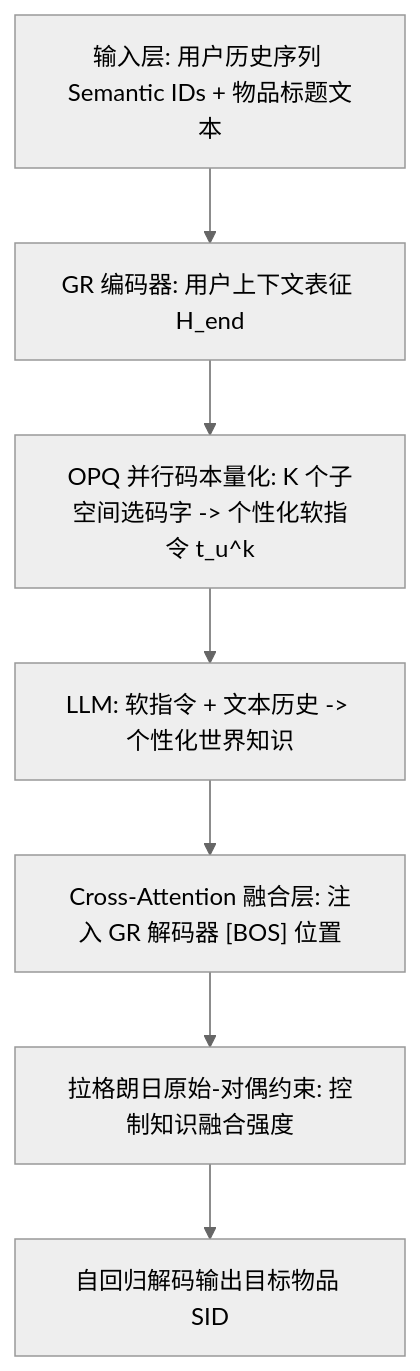
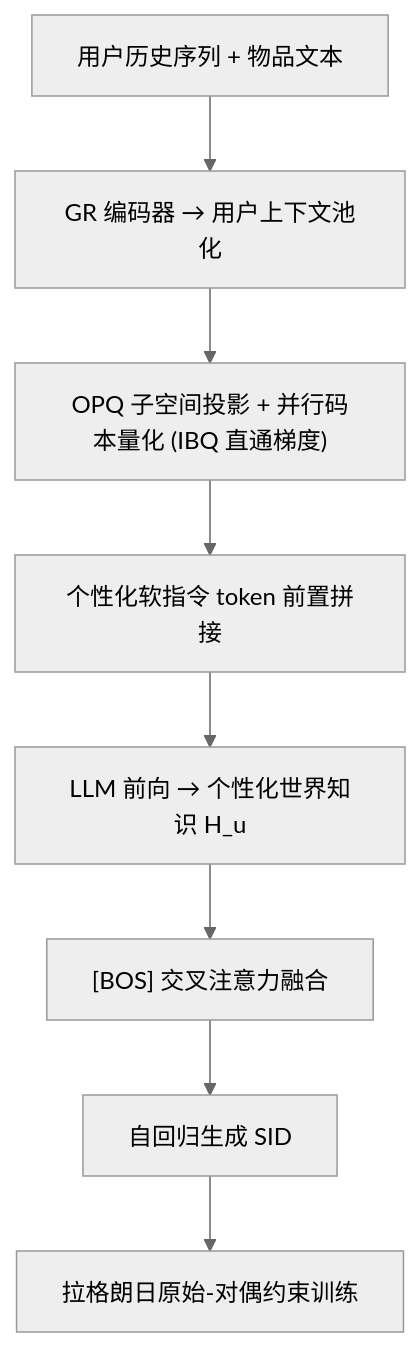
The diagram in docs/venues/SIGIR/2026/llm_rec/lwgr_lagrangian_constrained_personalized_world_knowledge_for_generative_rec.md (jbdcia321vw/Paper-Notes), drawn with Mermaid (neutral theme) before and after one commit. The commit also changed other lines of this file and 1119 other files, not shown here.

````diff
--- a/docs/venues/SIGIR/2026/llm_rec/lwgr_lagrangian_constrained_personalized_world_knowledge_for_generative_rec.md
+++ b/docs/venues/SIGIR/2026/llm_rec/lwgr_lagrangian_constrained_personalized_world_knowledge_for_generative_rec.md
@@ -64,9 +50,10 @@
 ```mermaid
 flowchart TD
-    A["输入层: 用户历史序列 Semantic IDs + 物品标题文本"] --> B["GR 编码器: 用户上下文表征 H_end"]
-    B --> C["OPQ 并行码本量化: K 个子空间选码字 -> 个性化软指令 t_u^k"]
-    C --> D["LLM: 软指令 + 文本历史 -> 个性化世界知识"]
-    D --> E["Cross-Attention 融合层: 注入 GR 解码器 [BOS] 位置"]
-    E --> F["拉格朗日原始-对偶约束: 控制知识融合强度"]
-    F --> G["自回归解码输出目标物品 SID"]
+    A["用户历史序列 + 物品文本"] --> B["GR 编码器 → 用户上下文池化"]
+    B --> C["OPQ 子空间投影 + 并行码本量化 (IBQ 直通梯度)"]
+    C --> D["个性化软指令 token 前置拼接"]
+    D --> E["LLM 前向 → 个性化世界知识 H_u"]
+    E --> F["[BOS] 交叉注意力融合"]
+    F --> G["自回归生成 SID"]
+    G --> H["拉格朗日原始-对偶约束训练"]
 ```
````
